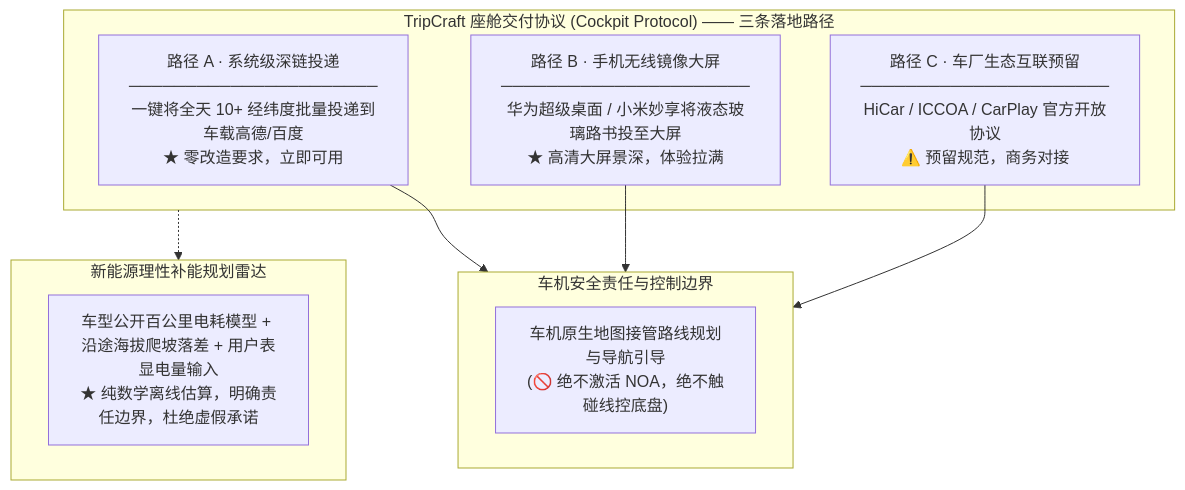
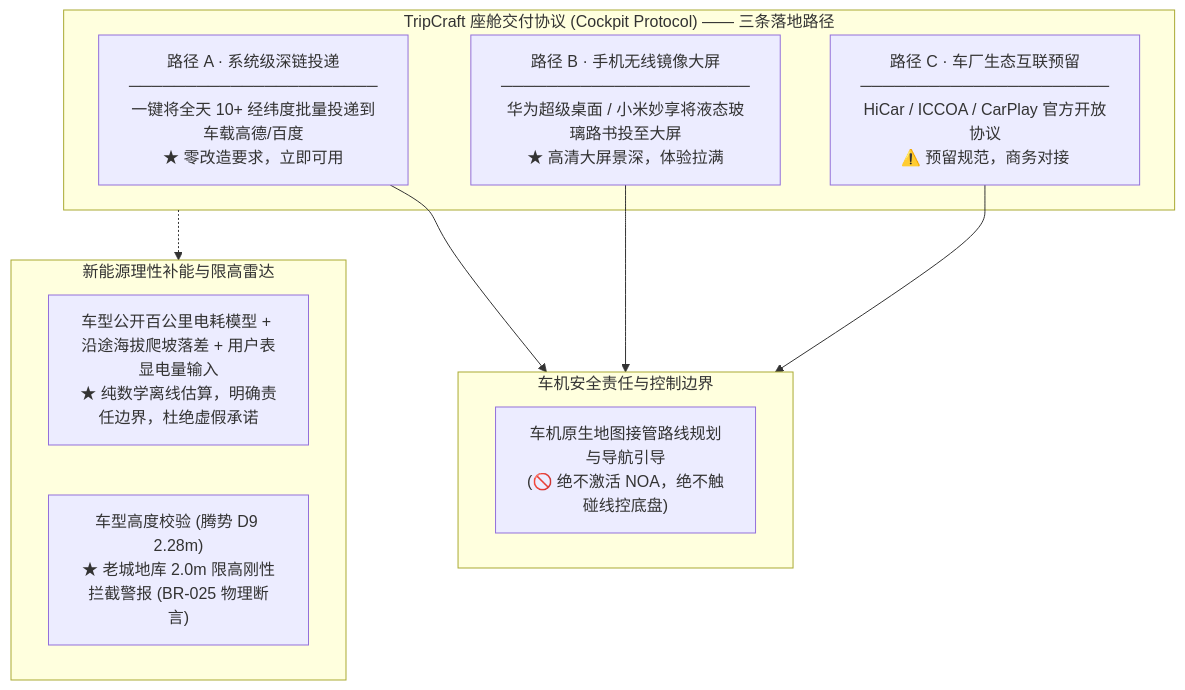
Before and after one commit to JohnMaxwell0123/TripCraft: the third of 6 diagrams in README.md, drawn with Mermaid. The commit also changed other lines of this file and 4 other files, not shown here.

````diff
--- a/README.md
+++ b/README.md
@@ -211,19 +225,20 @@
 ```mermaid
 flowchart TB
     subgraph CockpitDelivery["TripCraft 座舱交付协议 (Cockpit Protocol) —— 三条落地路径"]
         PA["路径 A · 系统级深链投递<br/>──────────────────────<br/>一键将全天 10+ 经纬度批量投递到车载高德/百度<br/>★ 零改造要求，立即可用"]
         PB["路径 B · 手机无线镜像大屏<br/>──────────────────────<br/>华为超级桌面 / 小米妙享将液态玻璃路书投至大屏<br/>★ 高清大屏景深，体验拉满"]
         PC["路径 C · 车厂生态互联预留<br/>──────────────────────<br/>HiCar / ICCOA / CarPlay 官方开放协议<br/>⚠️ 预留规范，商务对接"]
     end
 
     subgraph Handover["车机安全责任与控制边界"]
         AUTO["车机原生地图接管路线规划与导航引导<br/>(🚫 绝不激活 NOA，绝不触碰线控底盘)"]
     end
 
-    subgraph Radar["新能源理性补能规划雷达"]
+    subgraph Radar["新能源理性补能与限高雷达"]
         ENERGY["车型公开百公里电耗模型 + 沿途海拔爬坡落差 + 用户表显电量输入<br/>★ 纯数学离线估算，明确责任边界，杜绝虚假承诺"]
+        CLEARANCE["车型高度校验 (腾势 D9 2.28m)<br/>★ 老城地库 2.0m 限高刚性拦截警报 (BR-025 物理断言)"]
     end
 
     PA & PB & PC --> Handover
     CockpitDelivery -.-> Radar
 ```
````
